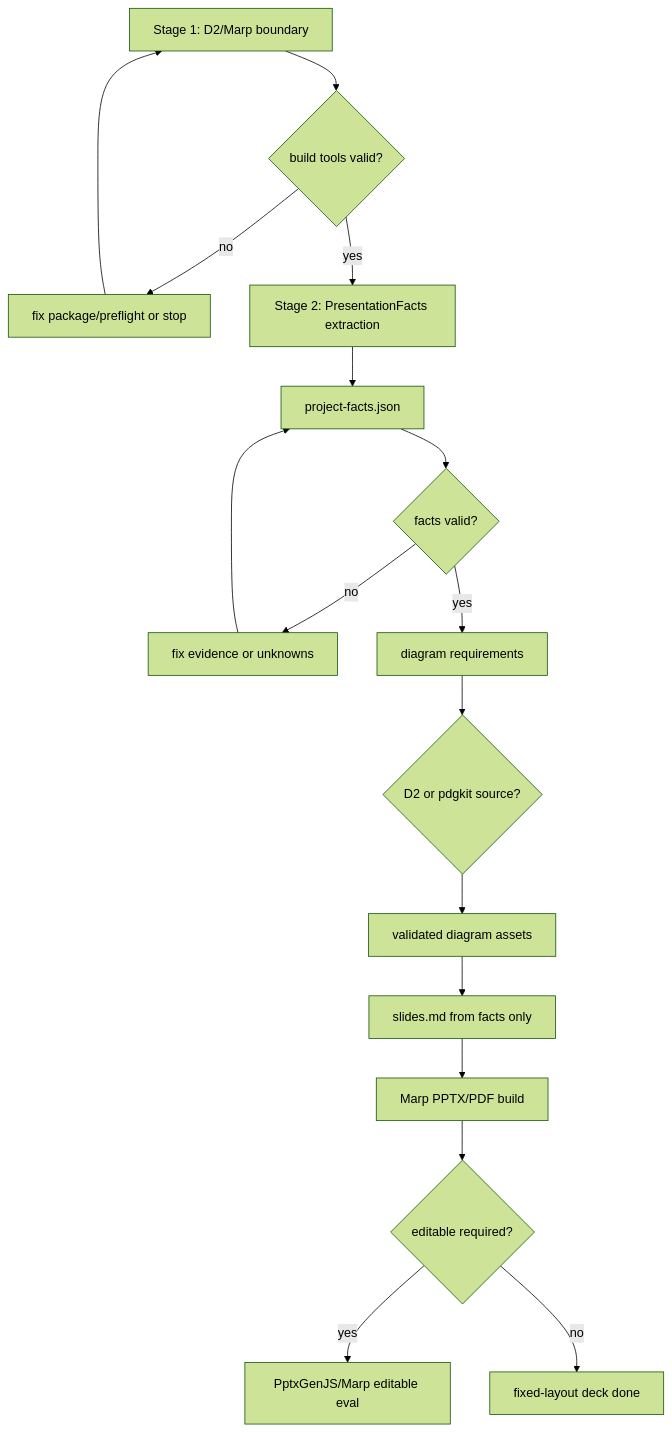
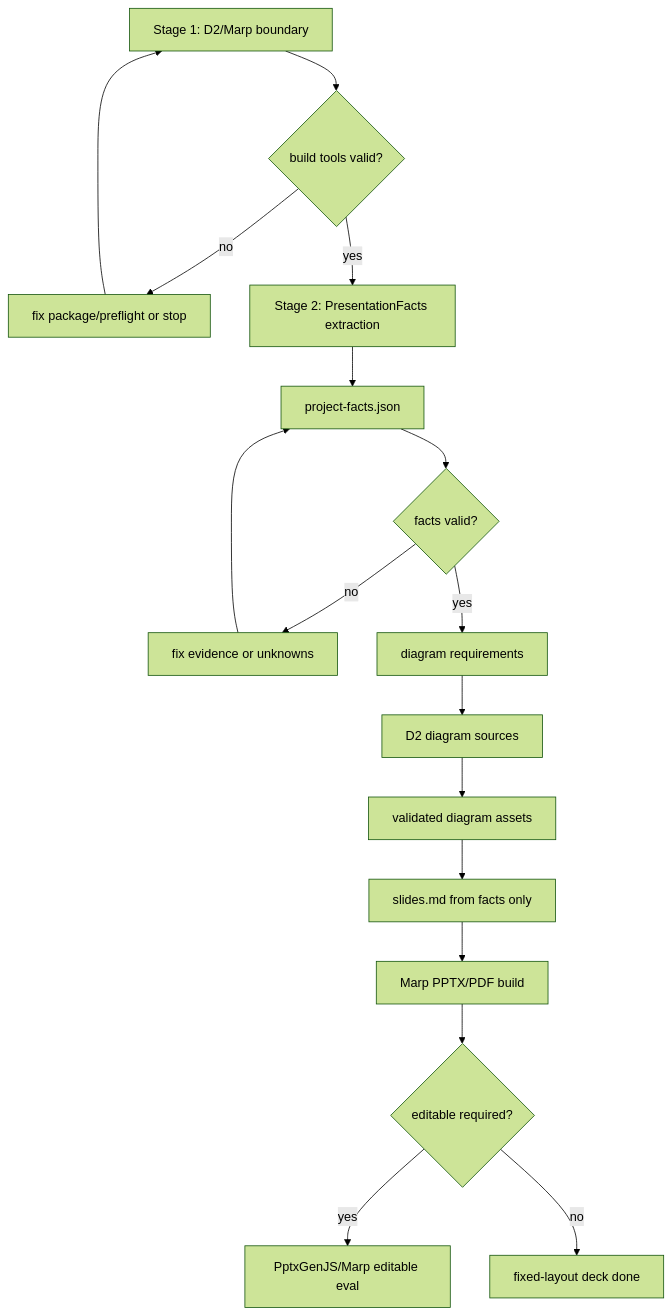
The diagram in .codex/implementation-plans/2026-06-24-presentation-generation-flow.md (masanori64/research_x), drawn with Mermaid (forest theme) before and after one commit. The commit also changed other lines of this file and 1 other file, not shown here.

Commit message:
Remove pdgkit from presentation plan

````diff
--- a/.codex/implementation-plans/2026-06-24-presentation-generation-flow.md
+++ b/.codex/implementation-plans/2026-06-24-presentation-generation-flow.md
@@ -391,19 +380,19 @@
 ```mermaid
 flowchart TD
   A["Stage 1: D2/Marp boundary"] --> B{"build tools valid?"}
   B -- "no" --> C["fix package/preflight or stop"]
   C --> A
   B -- "yes" --> D["Stage 2: PresentationFacts extraction"]
   D --> E["project-facts.json"]
   E --> F{"facts valid?"}
   F -- "no" --> G["fix evidence or unknowns"]
   G --> E
   F -- "yes" --> H["diagram requirements"]
-  H --> I{"D2 or pdgkit source?"}
+  H --> I["D2 diagram sources"]
   I --> J["validated diagram assets"]
   J --> K["slides.md from facts only"]
   K --> L["Marp PPTX/PDF build"]
   L --> M{"editable required?"}
   M -- "yes" --> N["PptxGenJS/Marp editable eval"]
   M -- "no" --> O["fixed-layout deck done"]
 ```
````
